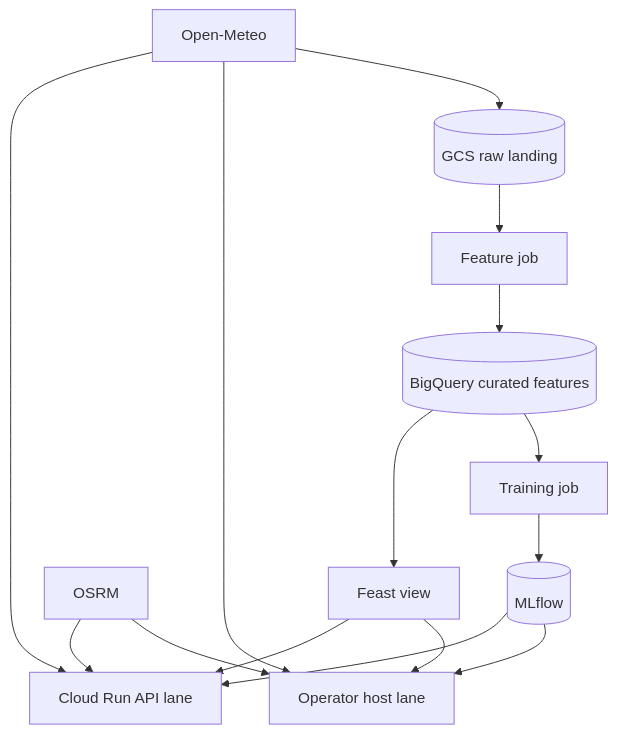
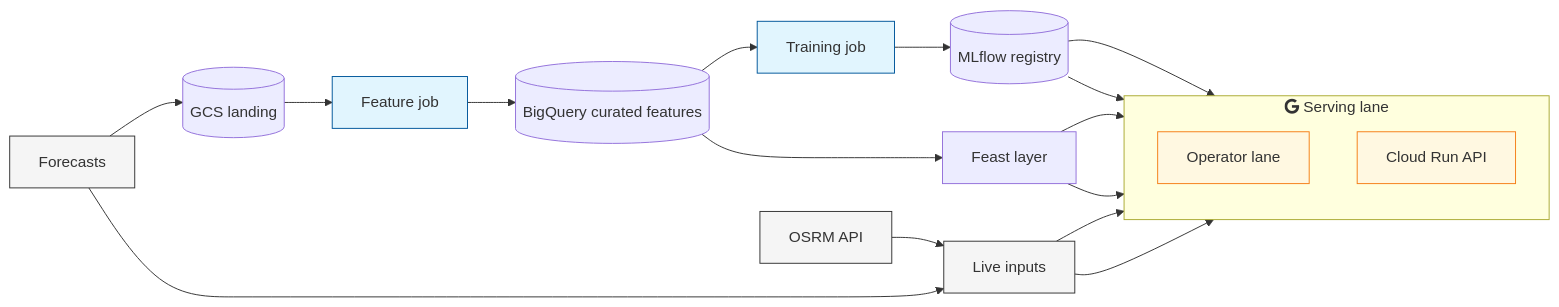
Before and after one commit to javihslu/foehncast: the fourth of 4 diagrams in docs/site/system/cloud-mapping.md, drawn with Mermaid. The commit also changed other lines of this file and 22 other files, not shown here.

Commit message:
docs(site): simplify Mermaid diagrams

```diff
--- a/docs/site/system/cloud-mapping.md
+++ b/docs/site/system/cloud-mapping.md
@@ -132,17 +193,28 @@
 <div class="mermaid">
-flowchart TD
-    OME[Open-Meteo] --> RAW[(GCS raw landing)]
-    RAW --> FEAT[Feature job]
-    FEAT --> BQ[(BigQuery curated features)]
-    BQ --> TRAIN[Training job]
-    TRAIN --> MLF[(MLflow)]
-    MLF --> HOST[Operator host lane]
-    MLF --> RUN[Cloud Run API lane]
-    OME --> HOST
-    OME --> RUN
-    OSRM[OSRM] --> HOST
-    OSRM --> RUN
-    BQ --> FEAST[Feast view]
-    FEAST --> HOST
+flowchart LR
+    classDef source fill:#f5f5f5,stroke:#333
+    classDef process fill:#e1f5fe,stroke:#01579b
+    classDef data fill:#ececff,stroke:#9370db
+    classDef serving fill:#fff8e1,stroke:#f57f17
+
+    WX["Forecasts"]:::source --> RAW
+    RAW[(GCS landing)]:::data --> FEAT
+    FEAT["Feature job"]:::process --> BQ
+    BQ[(BigQuery curated features)]:::data --> TRAIN
+    TRAIN["Training job"]:::process --> MLF
+    MLF[(MLflow registry)]:::data --> HOST
+    MLF --> RUN
+    BQ --> FEAST
+    FEAST["Feast layer"]:::data --> HOST
     FEAST --> RUN
+    ROUTE["OSRM API"]:::source --> LIVE
+    WX --> LIVE
+    LIVE["Live inputs"]:::source --> HOST
+    LIVE --> RUN
+
+    subgraph Serving ["fab:fa-google Serving lane"]
+        direction TB
+        HOST["Operator lane"]:::serving
+        RUN["Cloud Run API"]:::serving
+    end
 </div>
```
